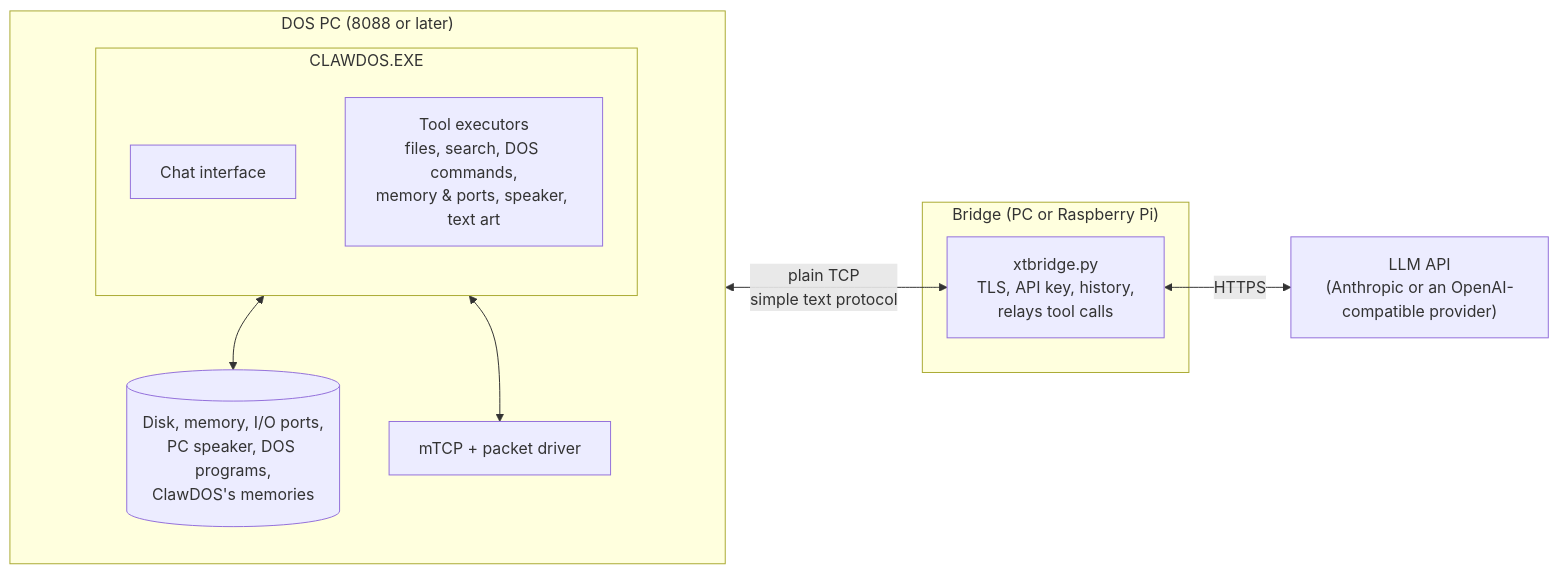
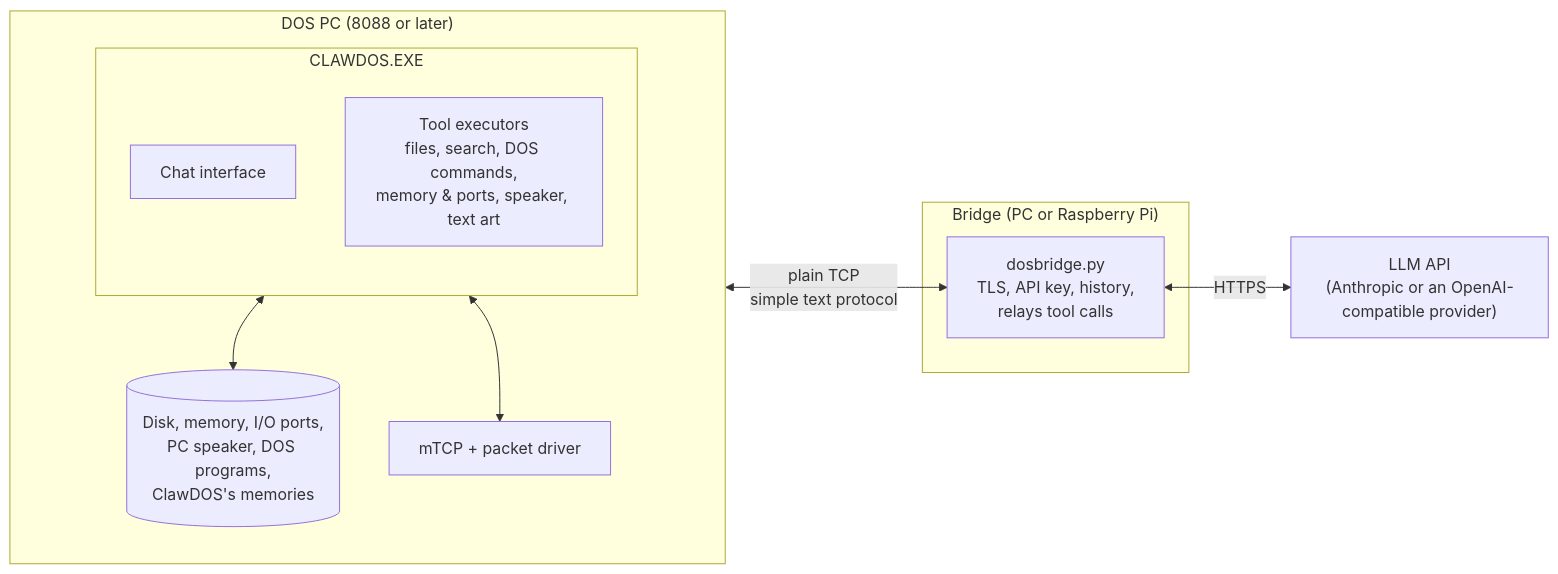
One commit to Ricapar/ClawDOS changed the diagram in README.md. Above: the diagram before and after it, drawn with Mermaid. The commit also changed other lines of this file, not shown here.

````diff
--- a/README.md
+++ b/README.md
@@ -81,24 +49,24 @@
 ```mermaid
 flowchart LR
     subgraph DOS["DOS PC (8088 or later)"]
         direction TB
         subgraph APP["CLAWDOS.EXE"]
             direction TB
             UI["Chat interface"]
             TOOLS["Tool executors<br/>files, search, DOS commands,<br/>memory &amp; ports, speaker, text art"]
         end
         SYS[("Disk, memory, I/O ports,<br/>PC speaker, DOS programs,<br/>ClawDOS's memories")]
         NET["mTCP + packet driver"]
         TOOLS <--> SYS
         APP <--> NET
     end
 
     subgraph SHIM["Bridge (PC or Raspberry Pi)"]
-        BRIDGE["xtbridge.py<br/>TLS, API key, history,<br/>relays tool calls"]
+        BRIDGE["dosbridge.py<br/>TLS, API key, history,<br/>relays tool calls"]
     end
 
     API["LLM API<br/>(Anthropic or an OpenAI-compatible provider)"]
 
     NET <-->|"plain TCP<br/>simple text protocol"| BRIDGE
     BRIDGE <-->|"HTTPS"| API
 ```
````
